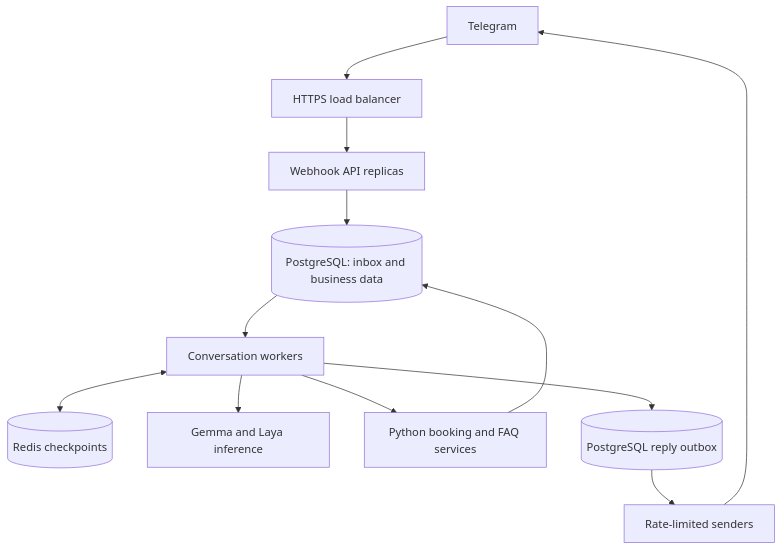
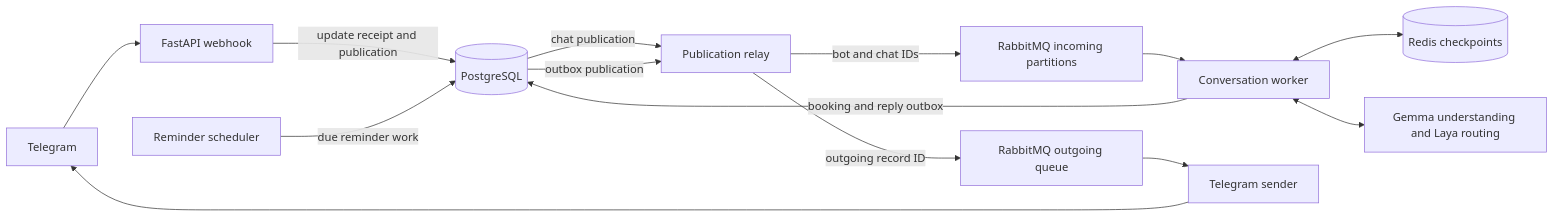
The diagram in docs/system-design-100k.md (ktakanopy/capy-appointment-bot), drawn with Mermaid before and after one commit. The commit also changed other lines of this file and 24 other files, not shown here.

````diff
--- a/docs/system-design-100k.md
+++ b/docs/system-design-100k.md
@@ -53,14 +11,16 @@
 ```mermaid
-flowchart TD
-    TG[Telegram] --> LB[HTTPS load balancer]
-    LB --> API[Webhook API replicas]
-    API --> DB[(PostgreSQL: inbox and business data)]
-    DB --> W[Conversation workers]
-    W <--> R[(Redis checkpoints)]
-    W --> M[Gemma and Laya inference]
-    W --> D[Python booking and FAQ services]
-    D --> DB
-    W --> O[(PostgreSQL reply outbox)]
-    O --> S[Rate-limited senders]
-    S --> TG
+flowchart LR
+    TG[Telegram] --> API[FastAPI webhook]
+    API -->|update receipt and publication| PG[(PostgreSQL)]
+    PG -->|chat publication| Relay[Publication relay]
+    Relay -->|bot and chat IDs| Incoming[RabbitMQ incoming partitions]
+    Incoming --> Worker[Conversation worker]
+    Worker <--> Redis[(Redis checkpoints)]
+    Worker <--> Models[Gemma understanding and Laya routing]
+    Worker -->|booking and reply outbox| PG
+    Reminder[Reminder scheduler] -->|due reminder work| PG
+    PG -->|outbox publication| Relay
+    Relay -->|outgoing record ID| Outgoing[RabbitMQ outgoing queue]
+    Outgoing --> Sender[Telegram sender]
+    Sender --> TG
 ```
````
